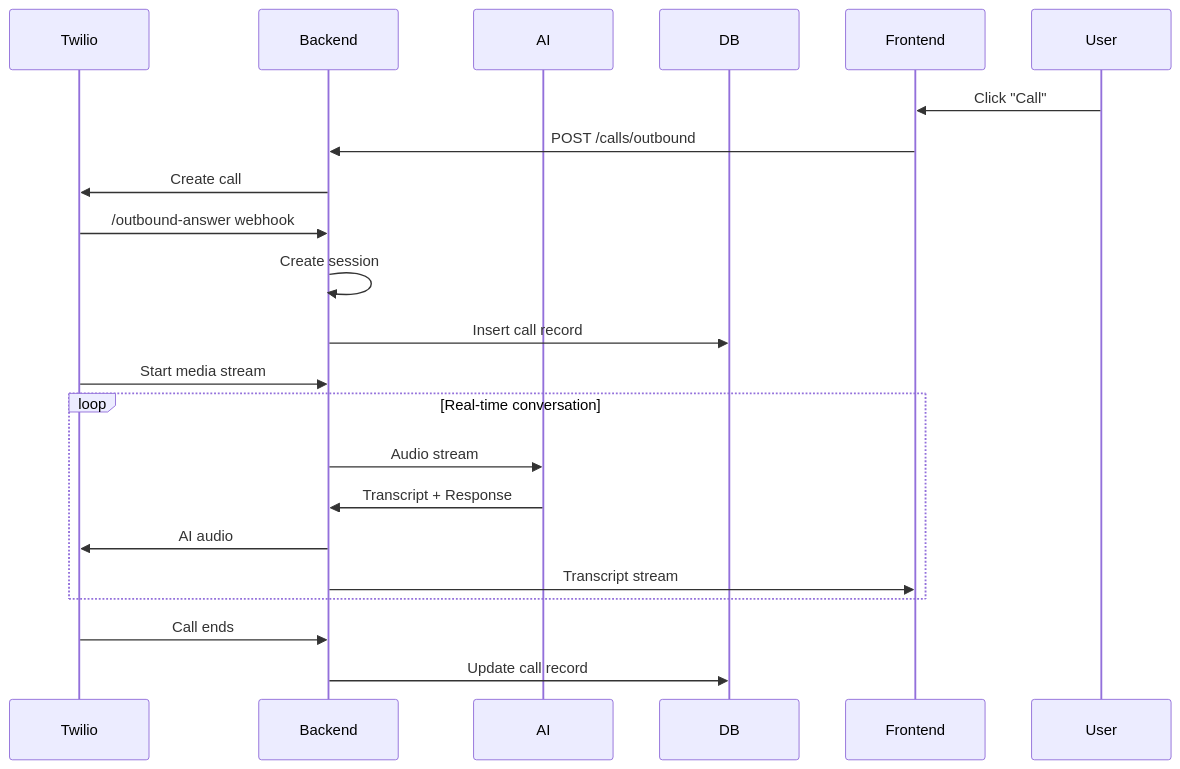
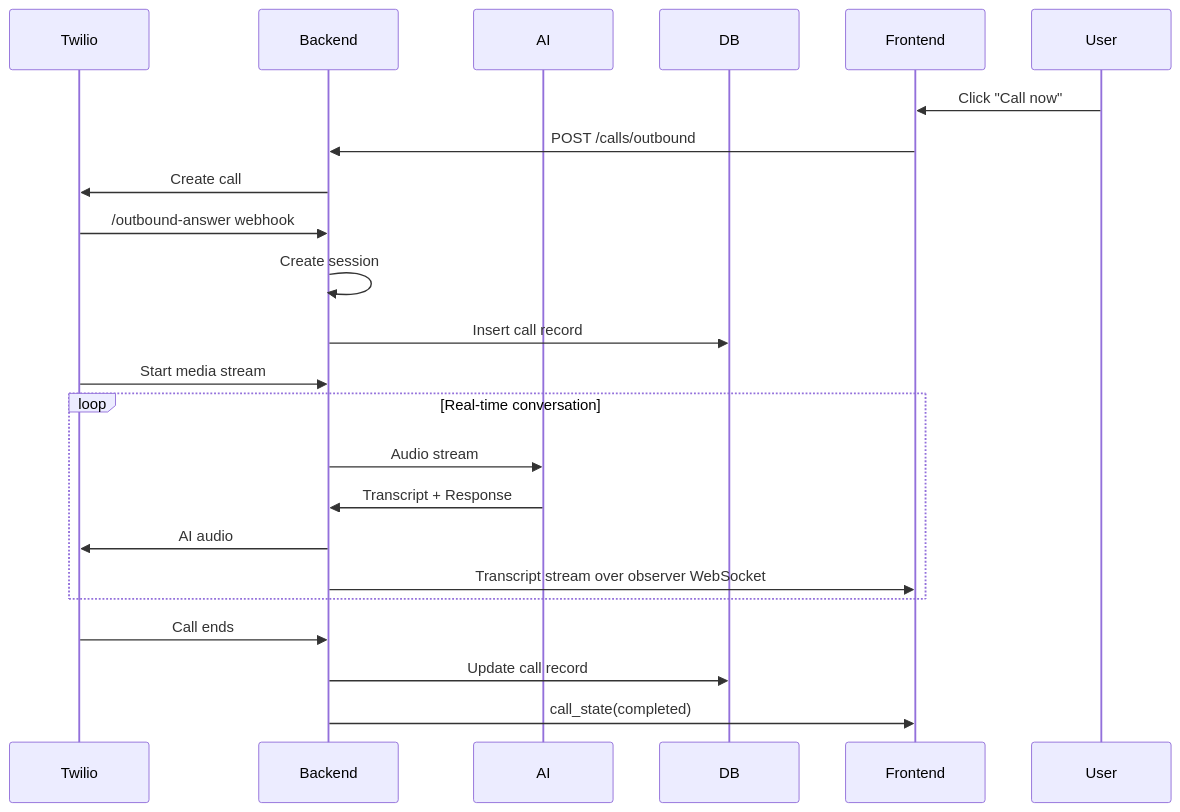
One commit to OceanStar88/Sagent changed the second of 15 diagrams in docs/7__Sequence-Interaction-Design.md. Above: the diagram before and after it, drawn with Mermaid. The commit also changed other lines of this file and 181 other files, not shown here.

````diff
--- a/docs/7__Sequence-Interaction-Design.md
+++ b/docs/7__Sequence-Interaction-Design.md
@@ -41,30 +42,31 @@
 ```mermaid
 sequenceDiagram
     participant Twilio
     participant Backend
     participant AI
     participant DB
     participant Frontend
     participant User
 
-    User->>Frontend: Click "Call"
+    User->>Frontend: Click "Call now"
     Frontend->>Backend: POST /calls/outbound
 
     Backend->>Twilio: Create call
     Twilio->>Backend: /outbound-answer webhook
 
     Backend->>Backend: Create session
     Backend->>DB: Insert call record
 
     Twilio->>Backend: Start media stream
 
     loop Real-time conversation
         Backend->>AI: Audio stream
         AI->>Backend: Transcript + Response
         Backend->>Twilio: AI audio
-        Backend->>Frontend: Transcript stream
+        Backend->>Frontend: Transcript stream over observer WebSocket
     end
 
     Twilio->>Backend: Call ends
     Backend->>DB: Update call record
+    Backend->>Frontend: call_state(completed)
 ```
````
